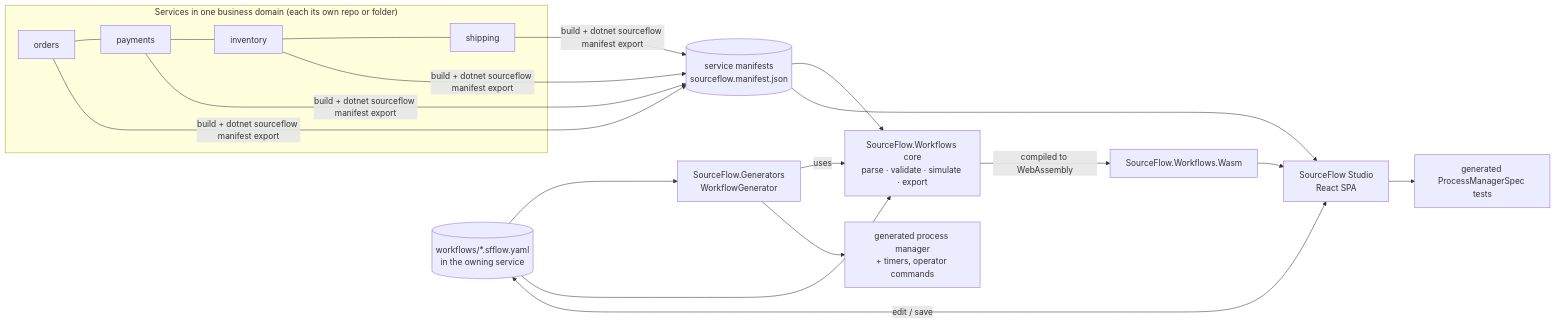
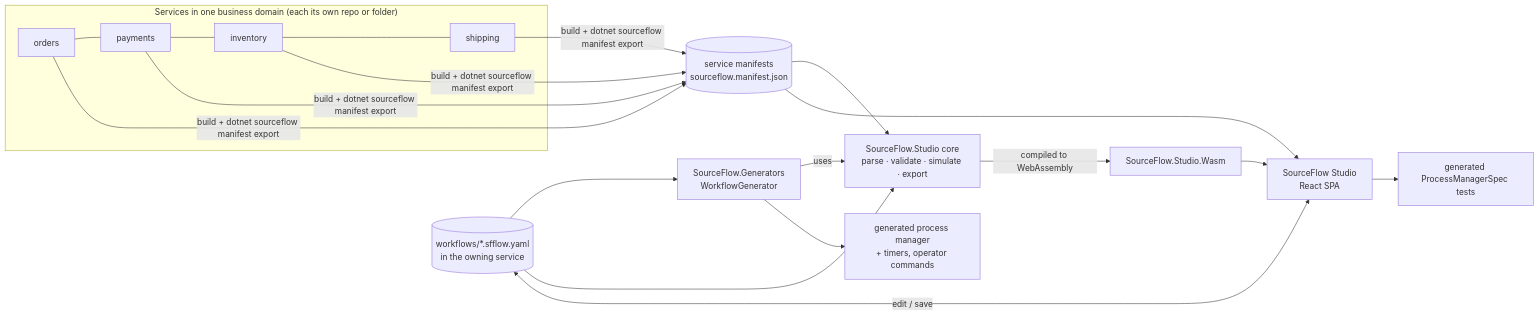
Before and after one commit to CodeShayk/SourceFlow.Net: the diagram in docs/v3.0.0/15-Workflow-DSL-and-Studio.md, drawn with Mermaid. The commit also changed other lines of this file and 21 other files, not shown here.

````diff
--- a/docs/v3.0.0/15-Workflow-DSL-and-Studio.md
+++ b/docs/v3.0.0/15-Workflow-DSL-and-Studio.md
@@ -15,17 +15,17 @@
 ```mermaid
 flowchart LR
     subgraph Services["Services in one business domain (each its own repo or folder)"]
       S1[orders] --- S2[payments] --- S3[inventory] --- S4[shipping]
     end
     S1 & S2 & S3 & S4 -- "build + dotnet sourceflow manifest export" --> M[(service manifests<br/>sourceflow.manifest.json)]
     W[(workflows/*.sfflow.yaml<br/>in the owning service)] --> G[SourceFlow.Generators<br/>WorkflowGenerator]
-    M --> V[SourceFlow.Workflows core<br/>parse · validate · simulate · export]
+    M --> V[SourceFlow.Studio core<br/>parse · validate · simulate · export]
     W --> V
     G -->|uses| V
     G --> PM[generated process manager<br/>+ timers, operator commands]
-    V -->|compiled to WebAssembly| WASM[SourceFlow.Workflows.Wasm]
+    V -->|compiled to WebAssembly| WASM[SourceFlow.Studio.Wasm]
     WASM --> UI[SourceFlow Studio<br/>React SPA]
     M --> UI
     W <-->|edit / save| UI
     UI --> SPEC[generated ProcessManagerSpec tests]
 ```
````
